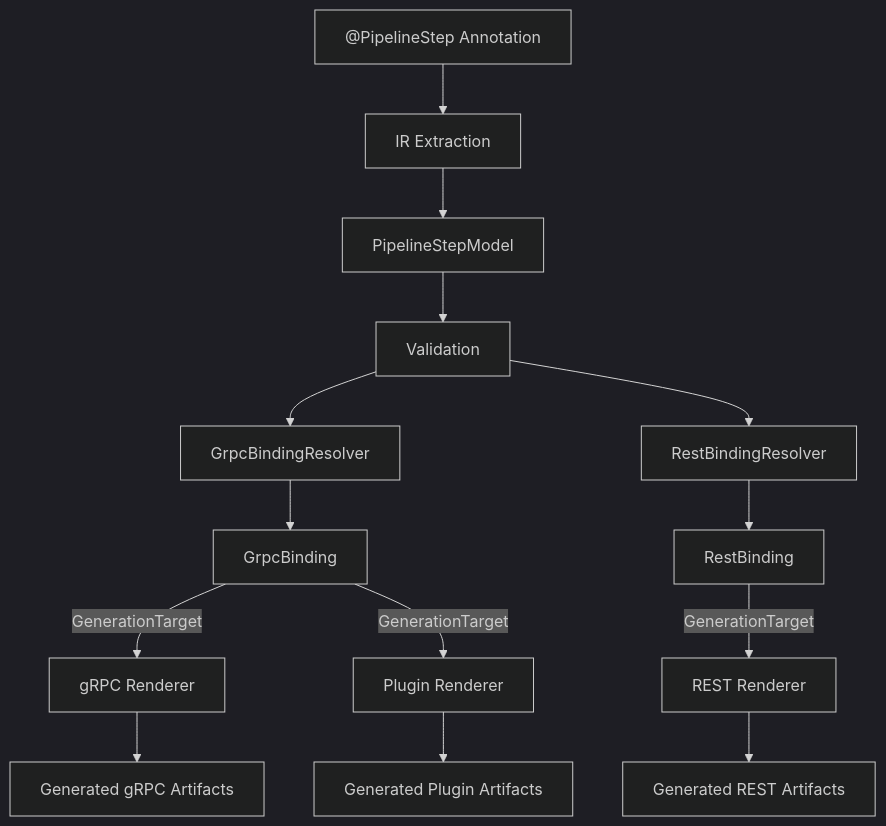
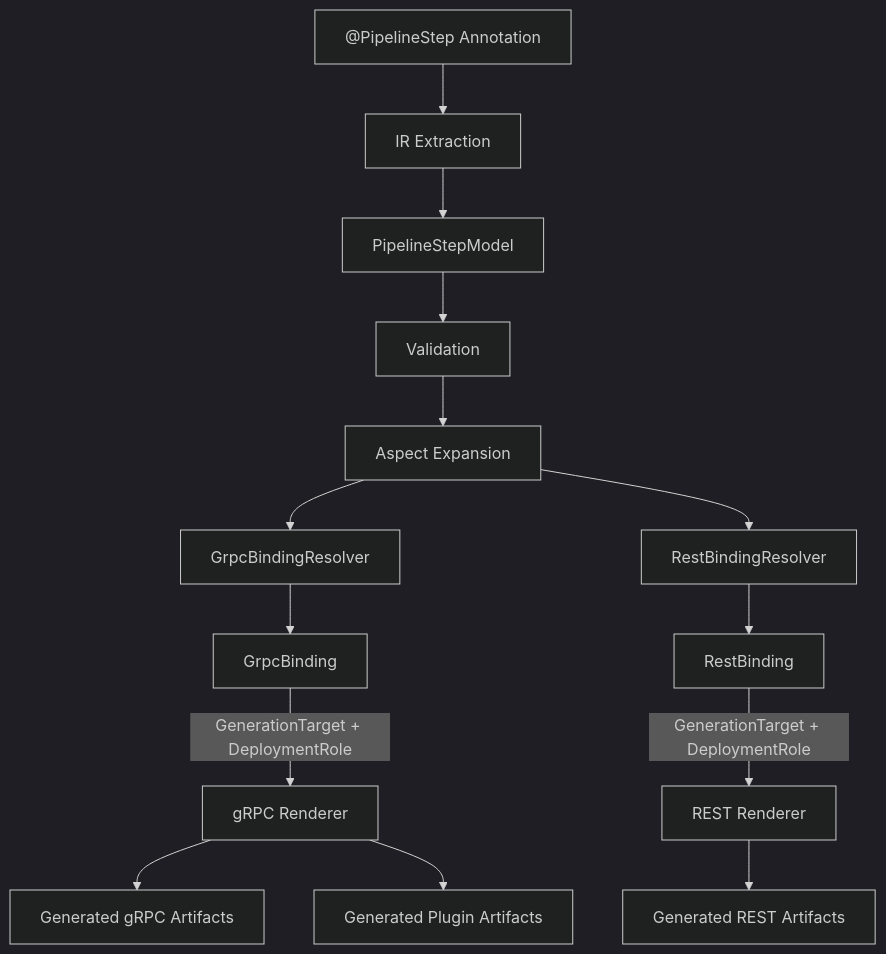
Before and after one commit to The-Pipeline-Framework/pipelineframework: the first of 2 diagrams in docs/guide/evolve/annotation-processor-architecture.md, drawn with Mermaid (dark theme). The commit also changed other lines of this file and 30 other files, not shown here.

````diff
--- a/docs/guide/evolve/annotation-processor-architecture.md
+++ b/docs/guide/evolve/annotation-processor-architecture.md
@@ -202,18 +228,18 @@
 ```mermaid
-flowchart TD  
-    A["@"PipelineStep Annotation] --> B[IR Extraction]  
-    B --> C[PipelineStepModel]  
-    C --> D[Validation]  
-    D --> E1[GrpcBindingResolver]  
-    D --> E2[RestBindingResolver]  
-    E1 --> F1[GrpcBinding]  
-    E2 --> F2[RestBinding]  
-  
-    F1 -->|GenerationTarget| R1[gRPC Renderer]  
-    F1 -->|GenerationTarget| R3[Plugin Renderer]  
-    F2 -->|GenerationTarget| R2[REST Renderer]  
-  
-    R1 --> O1[Generated gRPC Artifacts]  
-    R2 --> O2[Generated REST Artifacts]  
-    R3 --> O3[Generated Plugin Artifacts]  
-```  
+flowchart TD
+    A["@PipelineStep Annotation"] --> B[IR Extraction]
+    B --> C[PipelineStepModel]
+    C --> D[Validation]
+    D --> E0[Aspect Expansion]
+    E0 --> E1[GrpcBindingResolver]
+    E0 --> E2[RestBindingResolver]
+    E1 --> F1[GrpcBinding]
+    E2 --> F2[RestBinding]
+
+    F1 -->|GenerationTarget + DeploymentRole| R1[gRPC Renderer]
+    F2 -->|GenerationTarget + DeploymentRole| R2[REST Renderer]
+
+    R1 --> O1[Generated gRPC Artifacts]
+    R2 --> O2[Generated REST Artifacts]
+    R1 --> O3[Generated Plugin Artifacts]
+```
````
